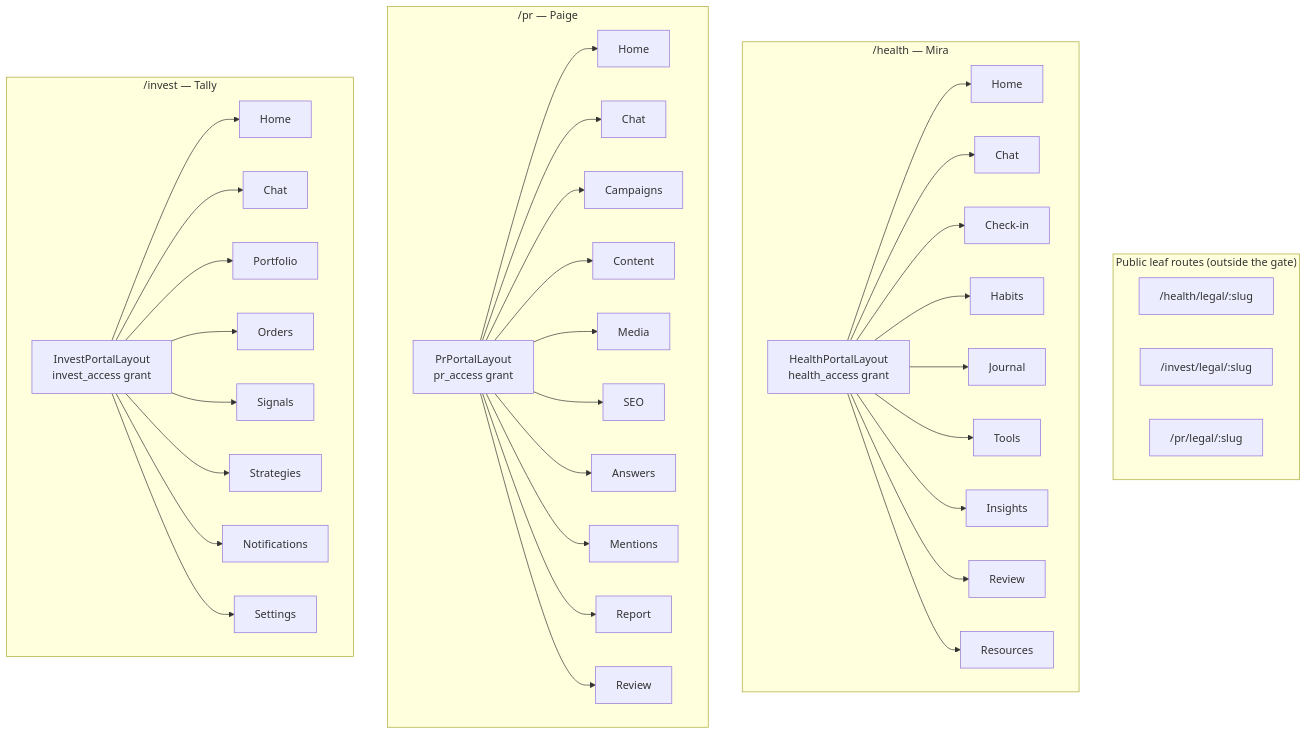
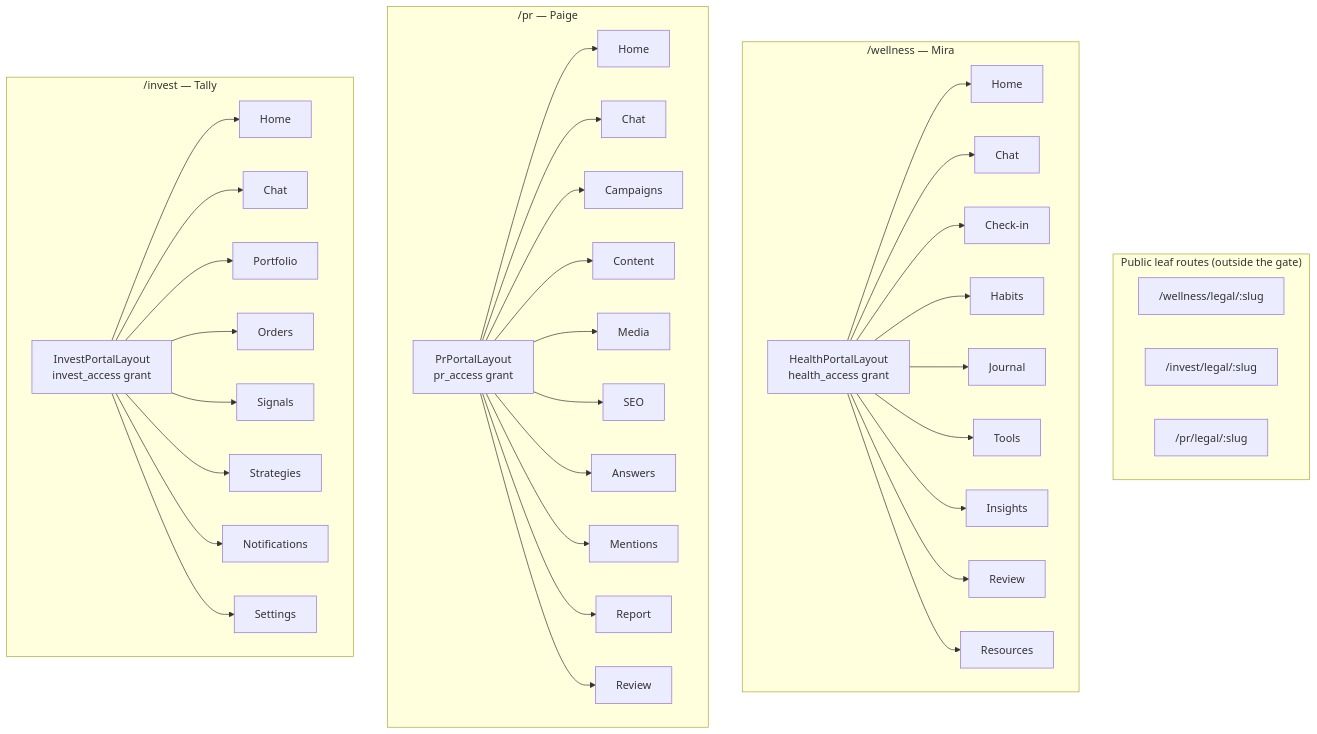
Before and after one commit to Dutiva-Canada/Dutiva_Web: the diagram in docs/wiki/Portal-Assistants.md, drawn with Mermaid. The commit also changed other lines of this file and 220 other files, not shown here.

````diff
--- a/docs/wiki/Portal-Assistants.md
+++ b/docs/wiki/Portal-Assistants.md
@@ -55,26 +55,26 @@
 ```mermaid
 graph TD
     subgraph Public["Public leaf routes (outside the gate)"]
-        HL["/health/legal/:slug"]
+        HL["/wellness/legal/:slug"]
         IL["/invest/legal/:slug"]
         PL["/pr/legal/:slug"]
     end
 
-    subgraph Health["/health — Mira"]
+    subgraph Health["/wellness — Mira"]
         HGate["HealthPortalLayout<br>health_access grant"]
         HGate --> HH["Home"] & HC["Chat"] & HCI["Check-in"] & HHab["Habits"]
         HGate --> HJ["Journal"] & HT["Tools"] & HI["Insights"] & HR["Review"] & HRes["Resources"]
     end
 
     subgraph PR["/pr — Paige"]
         PGate["PrPortalLayout<br>pr_access grant"]
         PGate --> PH["Home"] & PC["Chat"] & PCam["Campaigns"] & PCon["Content"] & PM["Media"]
         PGate --> PS["SEO"] & PA["Answers"] & PMen["Mentions"] & PRep["Report"] & PRev["Review"]
     end
 
     subgraph Invest["/invest — Tally"]
         IGate["InvestPortalLayout<br>invest_access grant"]
         IGate --> IH["Home"] & IC["Chat"] & IP["Portfolio"] & IO["Orders"] & IS["Signals"]
         IGate --> ISt["Strategies"] & IN["Notifications"] & ISet["Settings"]
     end
 ```
````
